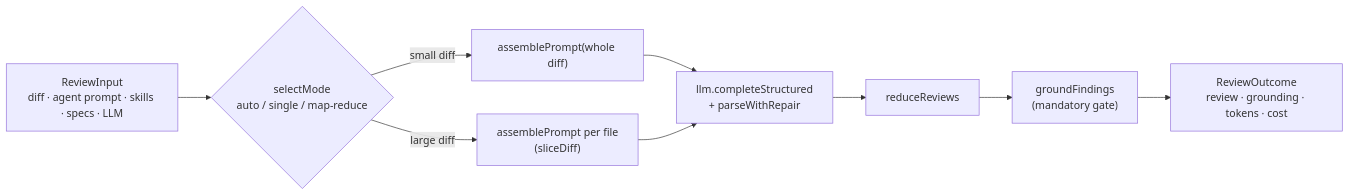
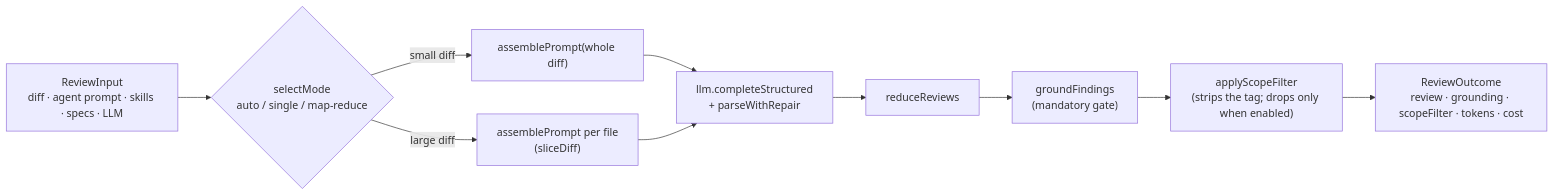
One commit to Grenkin1988/dev-digest changed the diagram in reviewer-core/docs/architecture.md. Above: the diagram before and after it, drawn with Mermaid. The commit also changed other lines of this file and 71 other files, not shown here.

First line of the commit message:
feat(intent): add Intent Layer for scope-aware PR review

````diff
--- a/reviewer-core/docs/architecture.md
+++ b/reviewer-core/docs/architecture.md
@@ -24,11 +26,12 @@
 ```mermaid
 flowchart LR
   IN["ReviewInput<br/>diff · agent prompt · skills · specs · LLM"] --> M{"selectMode<br/>auto / single / map-reduce"}
   M -->|small diff| P1["assemblePrompt(whole diff)"]
   M -->|large diff| PN["assemblePrompt per file<br/>(sliceDiff)"]
   P1 --> L["llm.completeStructured<br/>+ parseWithRepair"]
   PN --> L
   L --> RD["reduceReviews"]
   RD --> G["groundFindings<br/>(mandatory gate)"]
-  G --> OUT["ReviewOutcome<br/>review · grounding · tokens · cost"]
+  G --> SF["applyScopeFilter<br/>(strips the tag; drops only when enabled)"]
+  SF --> OUT["ReviewOutcome<br/>review · grounding · scopeFilter · tokens · cost"]
 ```
````
